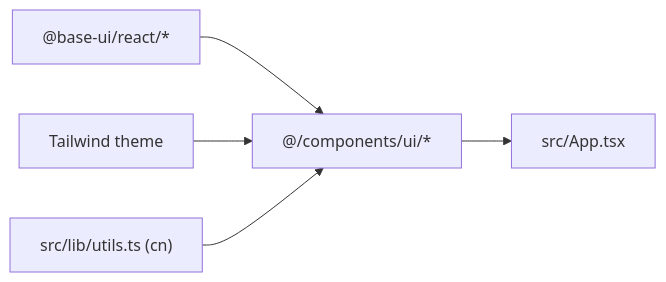
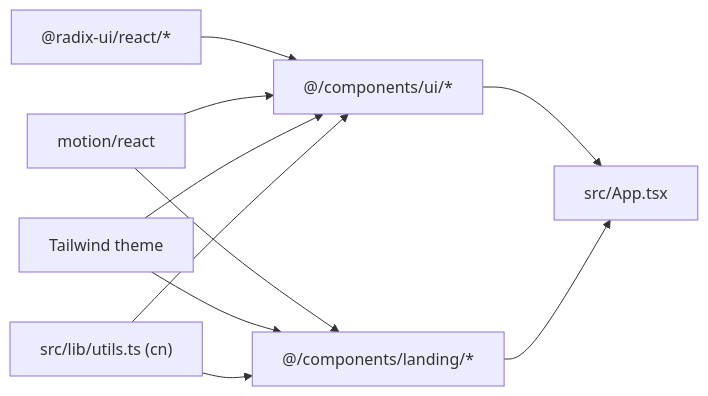
Before and after one commit to MudassarAbrar/FreshRoute-Ai: the seventh of 7 diagrams in .qoder/repowiki/en/content/Core Components/UI Component Library.md, drawn with Mermaid. The commit also changed other lines of this file and 4 other files, not shown here.

````diff
--- a/.qoder/repowiki/en/content/Core Components/UI Component Library.md
+++ b/.qoder/repowiki/en/content/Core Components/UI Component Library.md
@@ -322,12 +302,19 @@
 ```mermaid
 graph LR
-PRIMS["@base-ui/react/*"]
+RADIX["@radix-ui/react/*"]
+MOTION["motion/react"]
 THEME["Tailwind theme"]
 UTIL["src/lib/utils.ts (cn)"]
 UI["@/components/ui/*"]
+LAND["@/components/landing/*"]
 APP["src/App.tsx"]
-PRIMS --> UI
+RADIX --> UI
+MOTION --> UI
+MOTION --> LAND
 THEME --> UI
+THEME --> LAND
 UTIL --> UI
+UTIL --> LAND
 UI --> APP
+LAND --> APP
 ```
````
